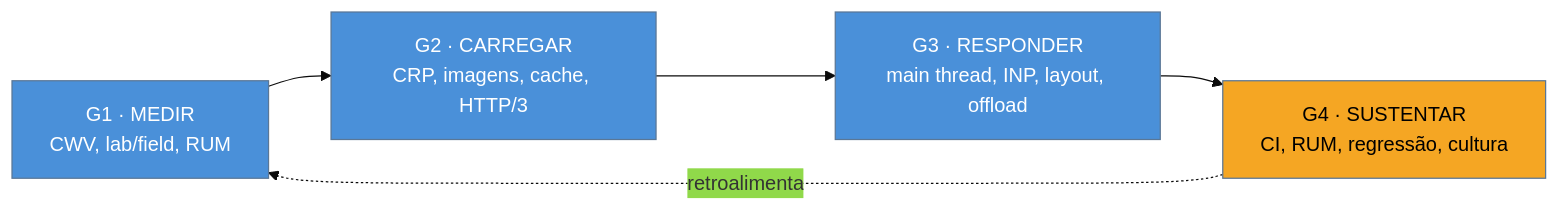
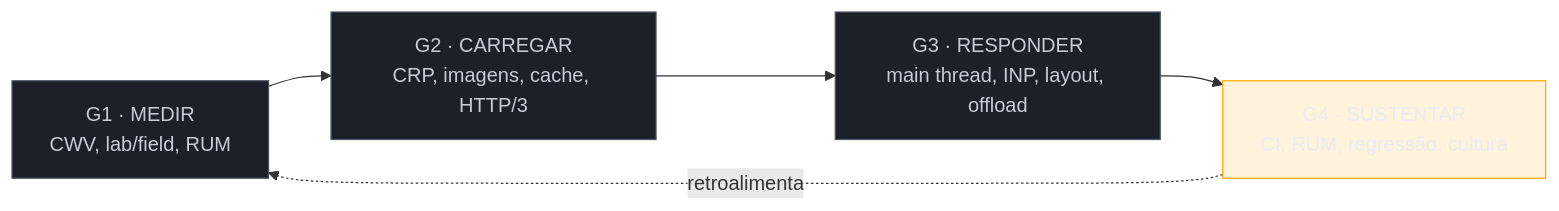
One commit to josenaldo/codex-technomanticus changed the second of 2 diagrams in 03-Dominios/Tecnologia/Web Performance/Performance em Produção/08 - Cultura de performance.md. Above: the diagram before and after it, drawn with Mermaid. The commit also changed other lines of this file and 1181 other files, not shown here.

First line of the commit message:
fix(diagramas): paleta do sistema no lugar de cor cravada no markdown

````diff
--- a/03-Dominios/Tecnologia/Web Performance/Performance em Produção/08 - Cultura de performance.md
+++ b/03-Dominios/Tecnologia/Web Performance/Performance em Produção/08 - Cultura de performance.md
@@ -74,12 +75,13 @@
 ```mermaid
-%%{init: {"theme": "base", "themeVariables": {"primaryColor": "#4A90D9"}}}%%
 graph LR
+    classDef neutro fill:#1B2029,stroke:#4E5666,color:#C6CCD8
+    classDef destaque fill:#FFAA0024,stroke:#FFAA00,color:#E9ECF2
     A["G1 · MEDIR<br/>CWV, lab/field, RUM"] --> B["G2 · CARREGAR<br/>CRP, imagens, cache, HTTP/3"]
     B --> C["G3 · RESPONDER<br/>main thread, INP, layout, offload"]
     C --> D["G4 · SUSTENTAR<br/>CI, RUM, regressão, cultura"]
     D -.retroalimenta.-> A
-    style A fill:#4A90D9,color:#fff
-    style B fill:#4A90D9,color:#fff
-    style C fill:#4A90D9,color:#fff
-    style D fill:#F5A623,color:#000
+    class A neutro
+    class B neutro
+    class C neutro
+    class D destaque
 ```
````
